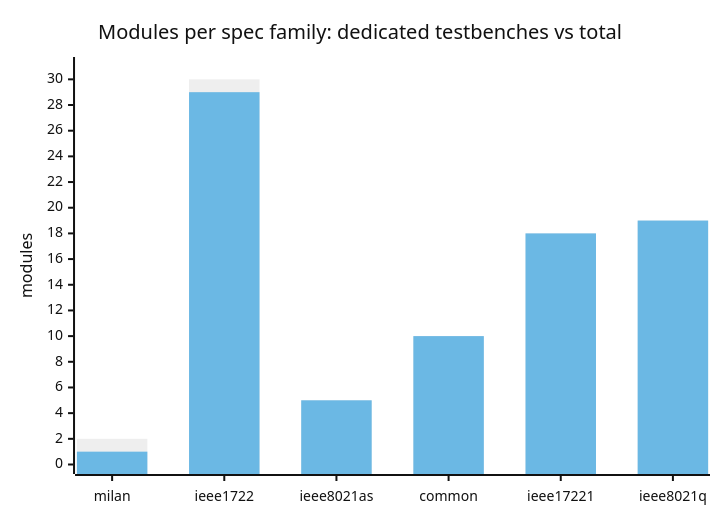
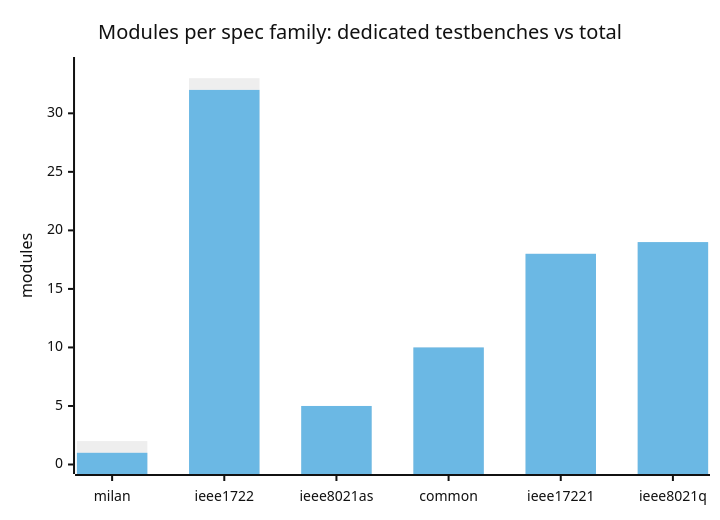
Before and after one commit to kebag-logic/milan-fpga: the diagram in docs/traceability/MODULE_MATRIX.md, drawn with Mermaid (neutral theme). The commit also changed other lines of this file and 15 other files, not shown here.

````diff
--- a/docs/traceability/MODULE_MATRIX.md
+++ b/docs/traceability/MODULE_MATRIX.md
@@ -30,8 +30,8 @@
 ```mermaid
 xychart-beta
     title "Modules per spec family: dedicated testbenches vs total"
     x-axis ["milan", "ieee1722", "ieee8021as", "common", "ieee17221", "ieee8021q"]
-    y-axis "modules" 0 --> 31
-    bar [2, 30, 5, 10, 18, 19]
-    bar [1, 29, 5, 10, 18, 19]
+    y-axis "modules" 0 --> 34
+    bar [2, 33, 5, 10, 18, 19]
+    bar [1, 32, 5, 10, 18, 19]
 ```
````
